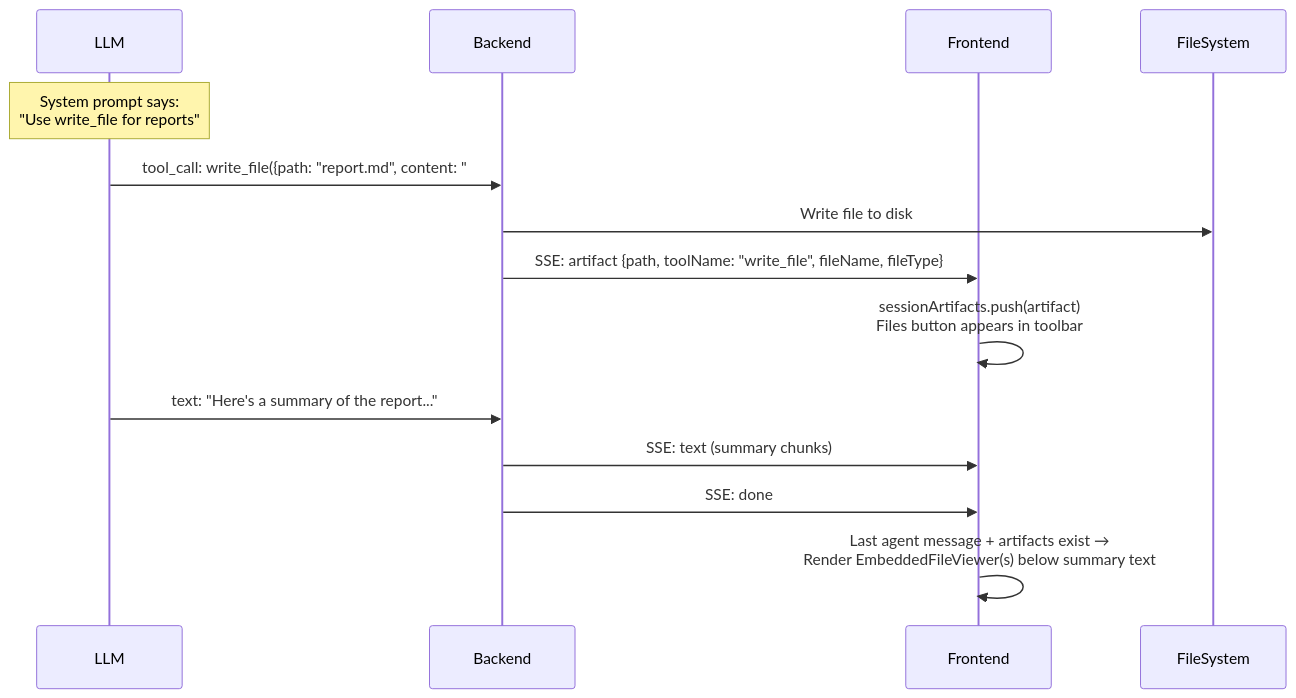
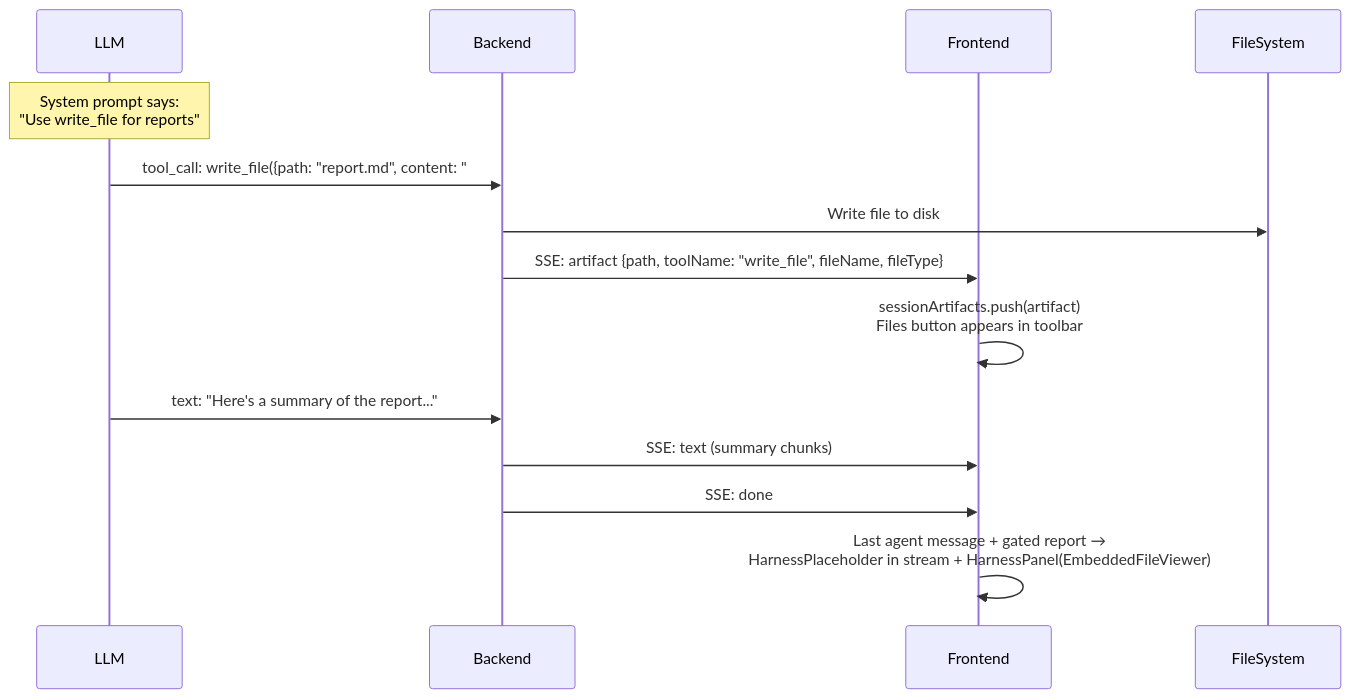
The fourth of 8 diagrams in docs/architecture/chat-rendering-pipeline.md (schardosin/astonish), drawn with Mermaid before and after one commit. The commit also changed other lines of this file and 28 other files, not shown here.

First line of the commit message:
Add chat harness panel, tutorial blueprint gate, and core ffmpeg (#329)

````diff
--- a/docs/architecture/chat-rendering-pipeline.md
+++ b/docs/architecture/chat-rendering-pipeline.md
@@ -211,20 +213,20 @@
 ```mermaid
 sequenceDiagram
     participant LLM
     participant Backend
     participant Frontend
     participant FileSystem
 
     Note over LLM: System prompt says:<br/>"Use write_file for reports"
 
     LLM->>Backend: tool_call: write_file({path: "report.md", content: "# Full Report..."})
     Backend->>FileSystem: Write file to disk
     Backend->>Frontend: SSE: artifact {path, toolName: "write_file", fileName, fileType}
     Frontend->>Frontend: sessionArtifacts.push(artifact)<br/>Files button appears in toolbar
 
     LLM->>Backend: text: "Here's a summary of the report..."
     Backend->>Frontend: SSE: text (summary chunks)
     Backend->>Frontend: SSE: done
 
-    Frontend->>Frontend: Last agent message + artifacts exist →<br/>Render EmbeddedFileViewer(s) below summary text
+    Frontend->>Frontend: Last agent message + gated report →<br/>HarnessPlaceholder in stream + HarnessPanel(EmbeddedFileViewer)
 ```
````
